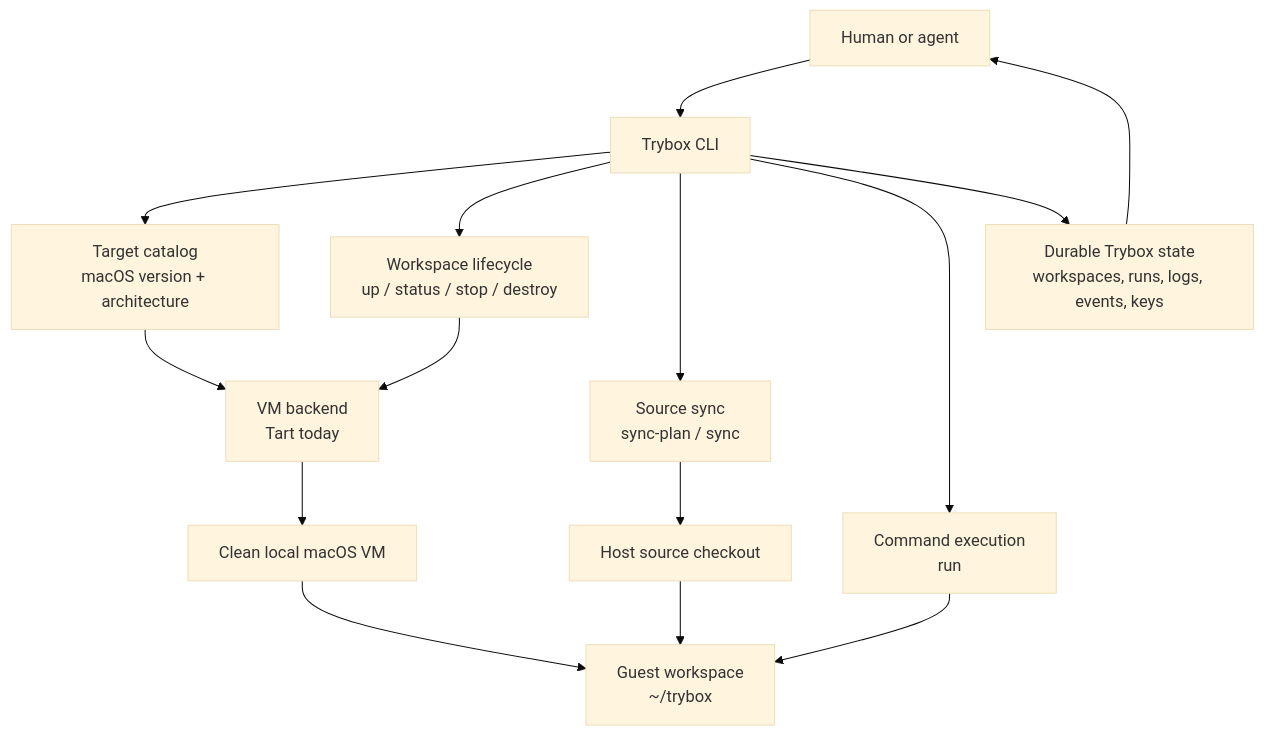
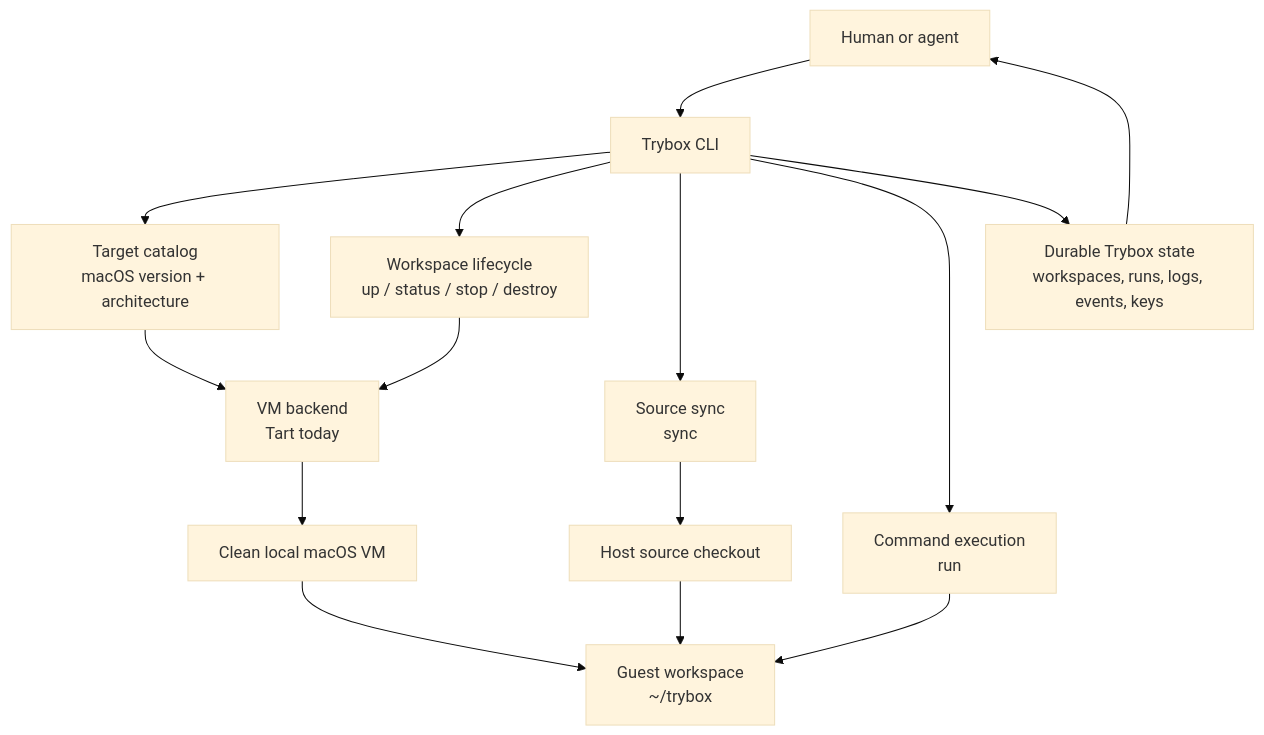
Before and after one commit to jwmossmoz/trybox: the diagram in docs/architecture.md, drawn with Mermaid (base theme). The commit also changed other lines of this file and 7 other files, not shown here.

Commit message:
Remove sync-plan command

````diff
--- a/docs/architecture.md
+++ b/docs/architecture.md
@@ -46,21 +46,21 @@
 ```mermaid
 flowchart TD
     user["Human or agent"] --> cli["Trybox CLI"]
 
     cli --> targets["Target catalog<br/>macOS version + architecture"]
     cli --> lifecycle["Workspace lifecycle<br/>up / status / stop / destroy"]
-    cli --> sync["Source sync<br/>sync-plan / sync"]
+    cli --> sync["Source sync<br/>sync"]
     cli --> run["Command execution<br/>run"]
 
     targets --> backend["VM backend<br/>Tart today"]
     lifecycle --> backend
     backend --> vm["Clean local macOS VM"]
 
     sync --> checkout["Host source checkout"]
     checkout --> workspace["Guest workspace<br/>~/trybox"]
     vm --> workspace
     run --> workspace
 
     cli --> state["Durable Trybox state<br/>workspaces, runs, logs, events, keys"]
     state --> user
 ```
````
